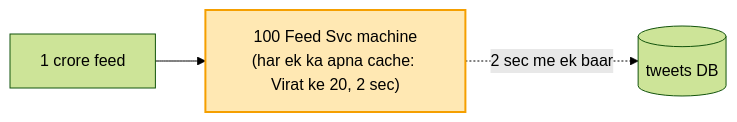
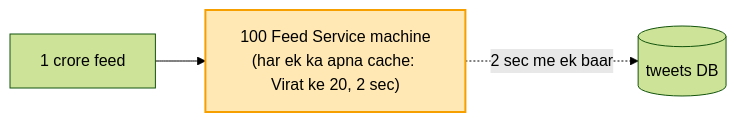
One commit to ArpanMaheshwari144/Prep changed the fifth of 9 diagrams in 04_HLD/SYSTEM_DESIGNS/03_twitter_feed/03_twitter_feed.md. Above: the diagram before and after it, drawn with Mermaid (forest theme). The commit also changed other lines of this file and 8 other files, not shown here.

````diff
--- a/04_HLD/SYSTEM_DESIGNS/03_twitter_feed/03_twitter_feed.md
+++ b/04_HLD/SYSTEM_DESIGNS/03_twitter_feed/03_twitter_feed.md
@@ -206,6 +206,6 @@
 ```mermaid
 flowchart LR
-    U["1 crore feed"] --> F["100 Feed Svc machine<br/>(har ek ka apna cache: Virat ke 20, 2 sec)"]
+    U["1 crore feed"] --> F["100 Feed Service machine<br/>(har ek ka apna cache: Virat ke 20, 2 sec)"]
     F -. "2 sec me ek baar" .-> T[("tweets DB")]
     style F fill:#ffe8b3,stroke:#f59f00,stroke-width:2px,color:#000
 ```
````
